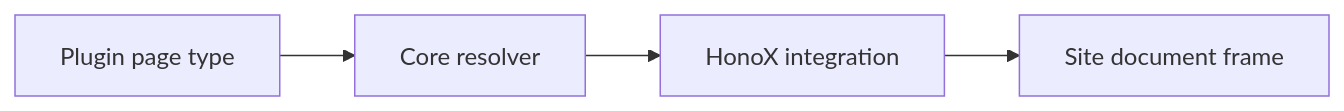
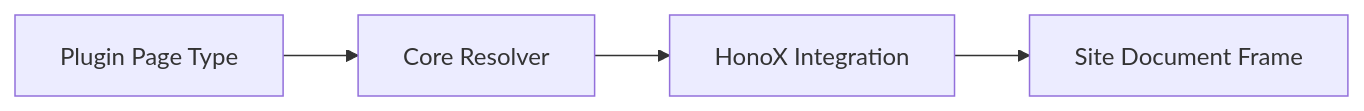
The third of 9 diagrams in docs/docs/reference/plugin-api.md (Rerurate514/riebeckite), drawn with Mermaid before and after one commit. The commit also changed other lines of this file and 129 other files, not shown here.

````diff
--- a/docs/docs/reference/plugin-api.md
+++ b/docs/docs/reference/plugin-api.md
@@ -445,11 +352,11 @@
 ```mermaid
 flowchart LR
-    Plugin["Plugin page type"]
-    Core["Core resolver"]
-    Integration["HonoX integration"]
-    Site["Site document frame"]
+    Plugin["Plugin Page Type"]
+    Core["Core Resolver"]
+    Integration["HonoX Integration"]
+    Site["Site Document Frame"]
 
     Plugin --> Core
     Core --> Integration
     Integration --> Site
 ```
````
